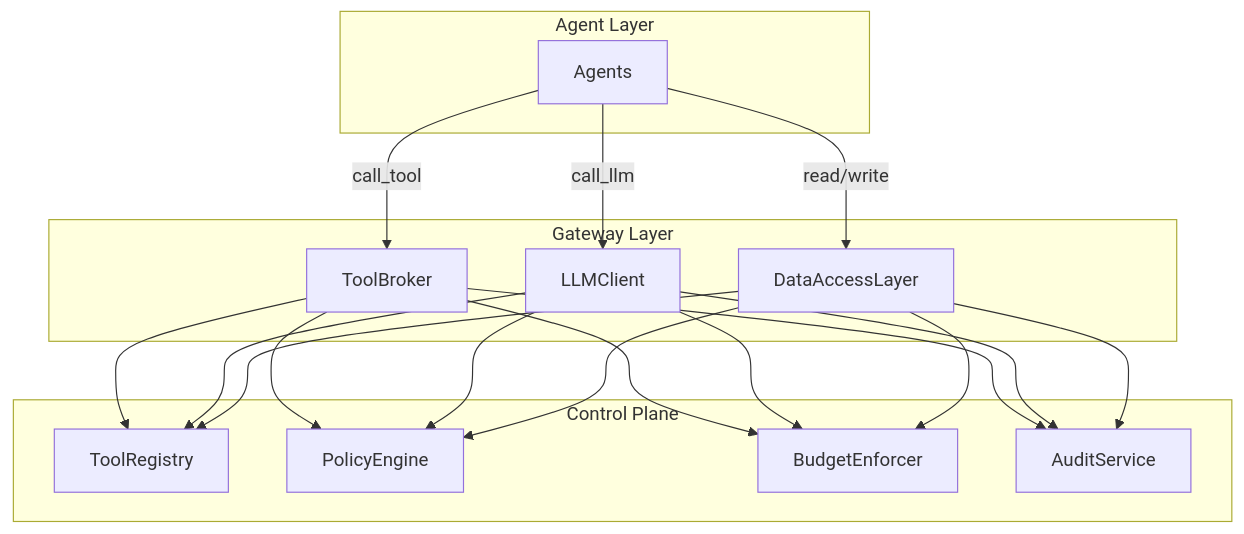
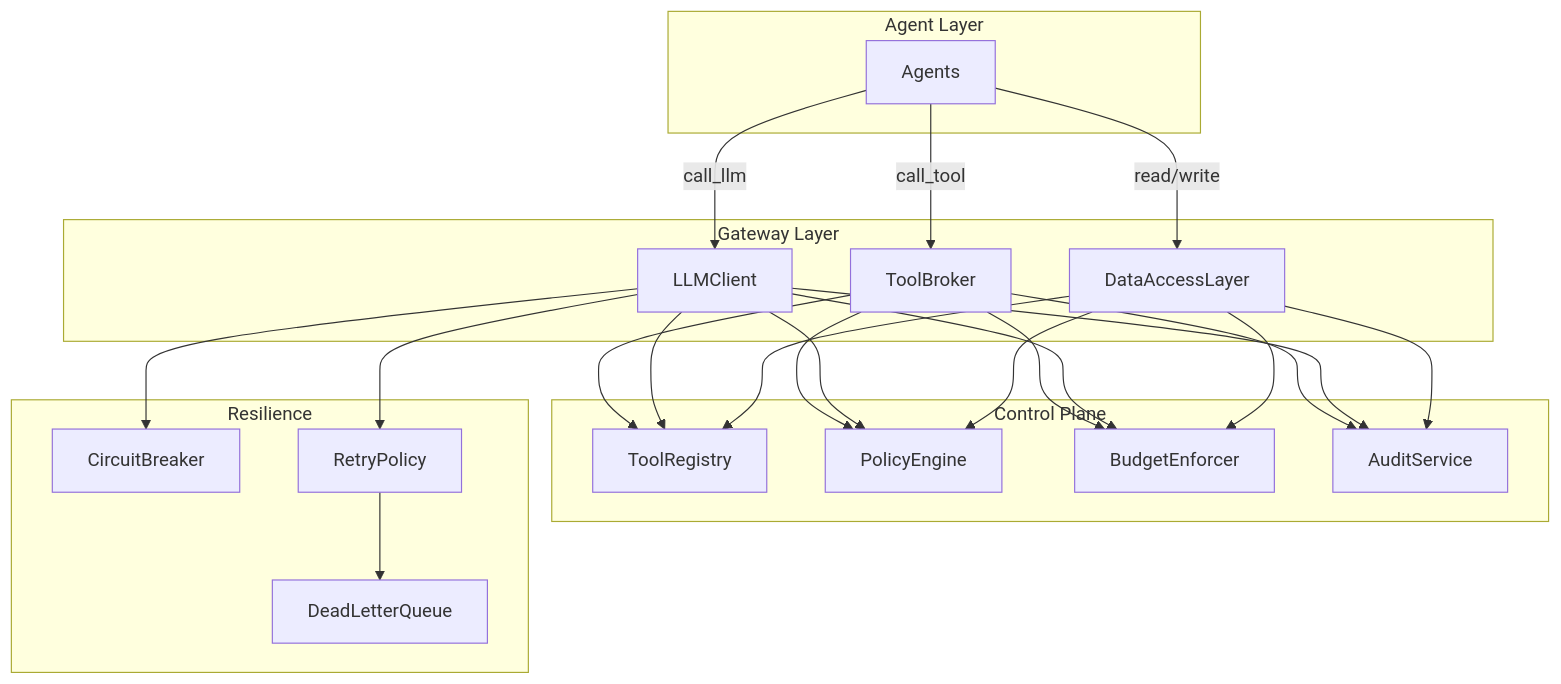
Before and after one commit to ahmadsarifudin-algo/company_AI: the second of 2 diagrams in PROJECT_PROGRESS.md, drawn with Mermaid. The commit also changed other lines of this file, not shown here.

````diff
--- a/PROJECT_PROGRESS.md
+++ b/PROJECT_PROGRESS.md
@@ -96,19 +97,24 @@
 ```mermaid
 graph TB
     subgraph "Agent Layer"
         A[Agents]
     end
     subgraph "Gateway Layer"
         TB[ToolBroker]
         LC[LLMClient]
         DAL[DataAccessLayer]
     end
     subgraph "Control Plane"
         TR[ToolRegistry] & PE[PolicyEngine] & BE[BudgetEnforcer] & AU[AuditService]
     end
+    subgraph "Resilience"
+        CB[CircuitBreaker] & RP[RetryPolicy] & DLQ[DeadLetterQueue]
+    end
 
     A -->|call_tool| TB
     A -->|call_llm| LC
     A -->|read/write| DAL
     TB & LC & DAL --> TR & PE & BE & AU
+    LC --> CB & RP
+    RP --> DLQ
 ```
````
